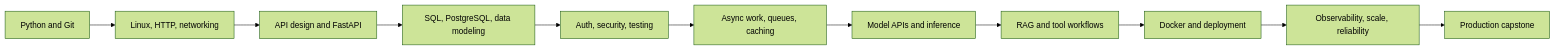
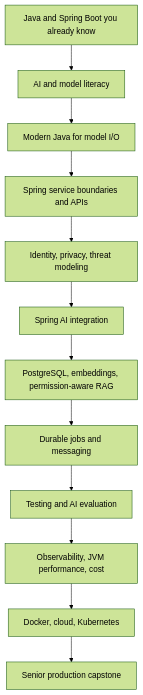
One commit to kavinash0310/ai-backend-engineer changed the diagram in README.md. Above: the diagram before and after it, drawn with Mermaid (forest theme). The commit also changed other lines of this file and 20 other files, not shown here.

Commit message:
Add Java and Spring AI backend engineering path

```diff
--- a/README.md
+++ b/README.md
@@ -15,13 +11,14 @@
 ~~~mermaid
-flowchart LR
-  A[Python and Git] --> B[Linux, HTTP, networking]
-  B --> C[API design and FastAPI]
-  C --> D[SQL, PostgreSQL, data modeling]
-  D --> E[Auth, security, testing]
-  E --> F[Async work, queues, caching]
-  F --> G[Model APIs and inference]
-  G --> H[RAG and tool workflows]
-  H --> I[Docker and deployment]
-  I --> J[Observability, scale, reliability]
-  J --> K[Production capstone]
+flowchart TD
+  A[Java and Spring Boot you already know] --> B[AI and model literacy]
+  B --> C[Modern Java for model I/O]
+  C --> D[Spring service boundaries and APIs]
+  D --> E[Identity, privacy, threat modeling]
+  E --> F[Spring AI integration]
+  F --> G[PostgreSQL, embeddings, permission-aware RAG]
+  G --> H[Durable jobs and messaging]
+  H --> I[Testing and AI evaluation]
+  I --> J[Observability, JVM performance, cost]
+  J --> K[Docker, cloud, Kubernetes]
+  K --> L[Senior production capstone]
 ~~~
```
